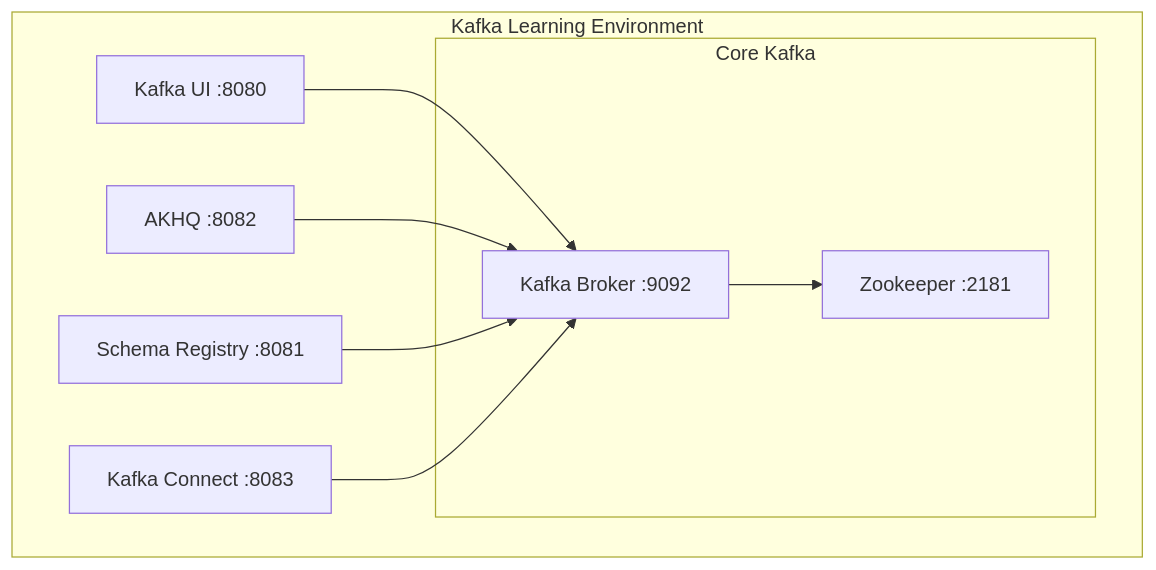
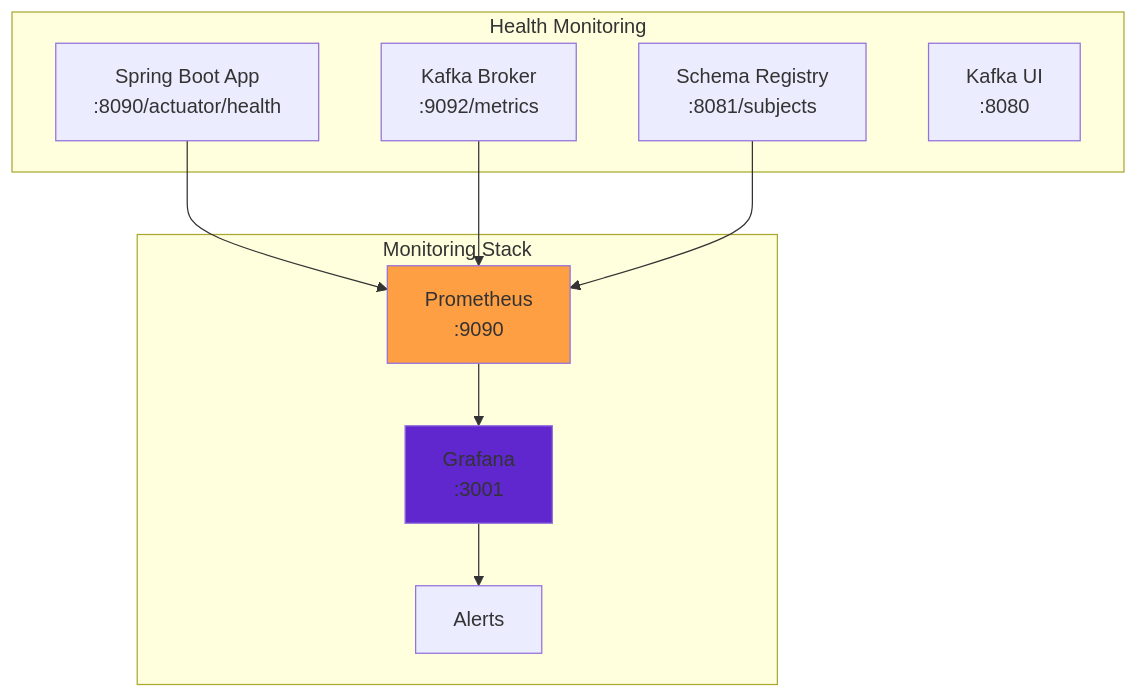
The third of 3 diagrams in class/modules/lesson_2/concept.md (vorrawut/KafkaStarter), drawn with Mermaid before and after one commit. The commit also changed other lines of this file and 19 other files, not shown here.

````diff
--- a/class/modules/lesson_2/concept.md
+++ b/class/modules/lesson_2/concept.md
@@ -27,20 +229,24 @@
 ```mermaid
 graph TB
-    subgraph "Kafka Learning Environment"
-        UI[Kafka UI :8080]
-        AKHQ[AKHQ :8082]
-        SR[Schema Registry :8081]
-        KC[Kafka Connect :8083]
-        
-        subgraph "Core Kafka"
-            K[Kafka Broker :9092]
-            Z[Zookeeper :2181]
-        end
+    subgraph "Health Monitoring"
+        APP[Spring Boot App<br/>:8090/actuator/health]
+        K[Kafka Broker<br/>:9092/metrics]
+        SR[Schema Registry<br/>:8081/subjects]
+        UI[Kafka UI<br/>:8080]
     end
     
-    UI --> K
-    AKHQ --> K
-    SR --> K
-    KC --> K
-    K --> Z
+    subgraph "Monitoring Stack"
+        P[Prometheus<br/>:9090]
+        G[Grafana<br/>:3001]
+        A[Alerts]
+    end
+    
+    APP --> P
+    K --> P
+    SR --> P
+    P --> G
+    G --> A
+    
+    style P fill:#ff9f43
+    style G fill:#5f27cd
 ```
````
